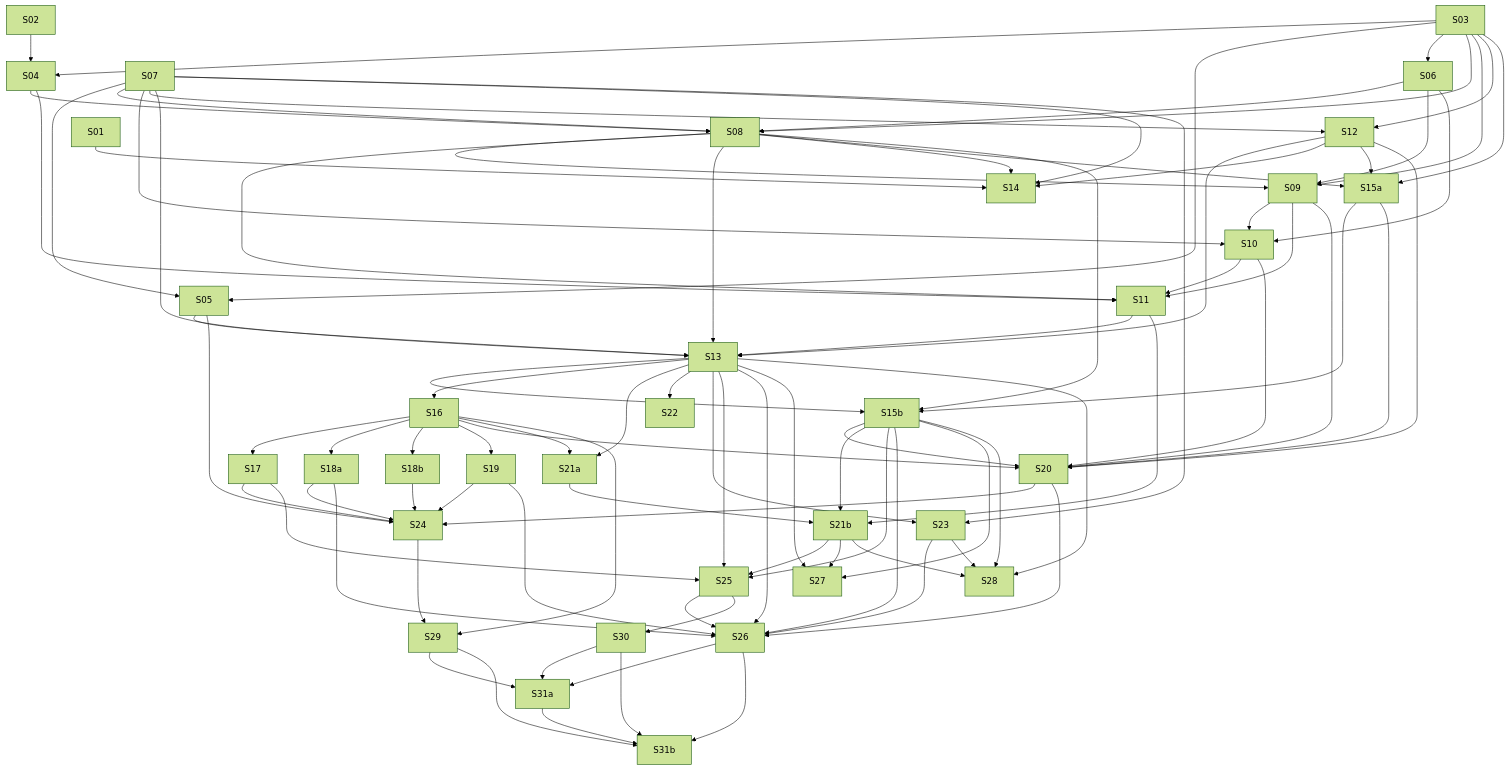
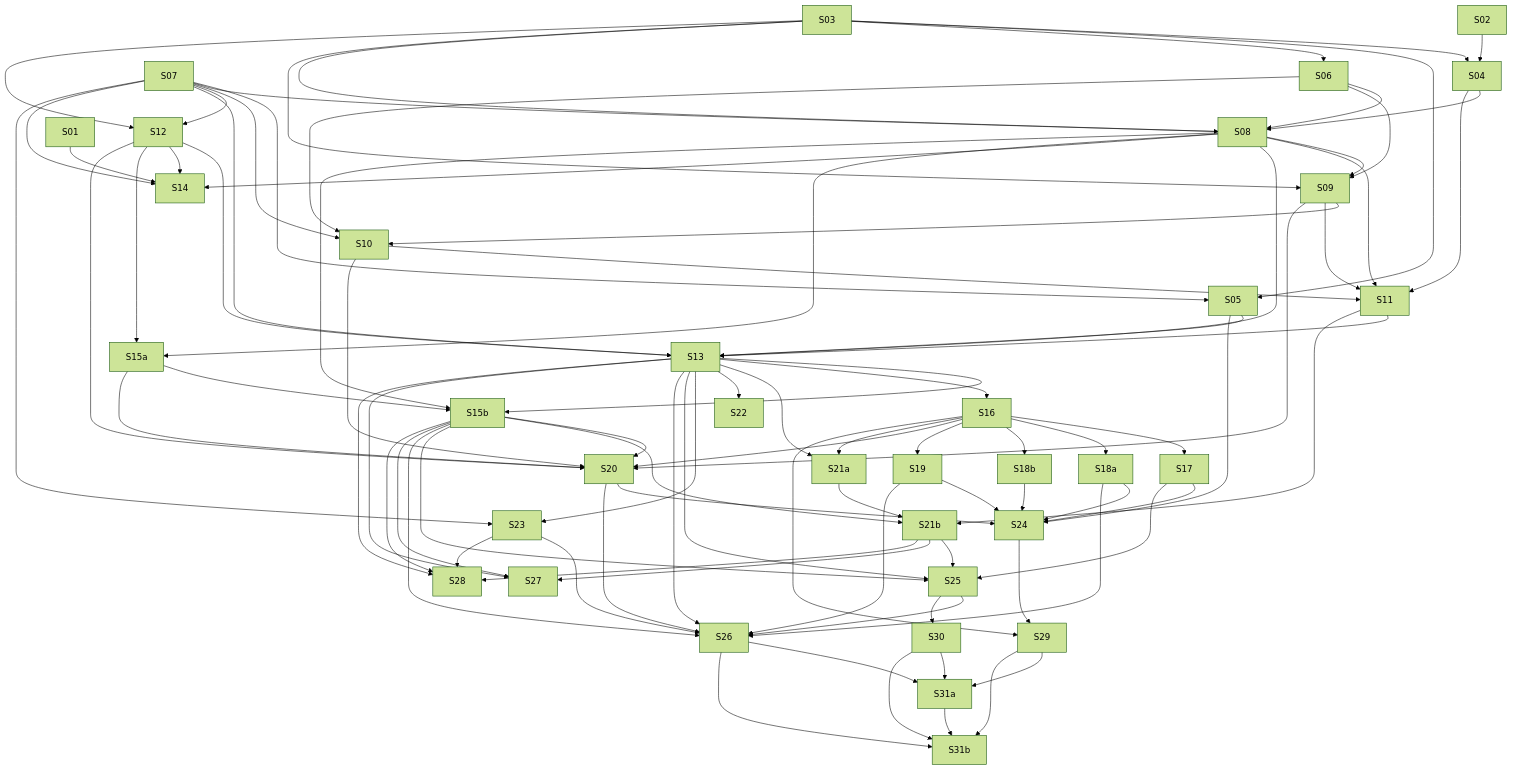
Before and after one commit to lmmoreira/ikaro: the diagram in plan/M25-TENANT-BILLING-FOUNDATION.md, drawn with Mermaid (forest theme). The commit also changed other lines of this file and 37 other files, not shown here.

```diff
--- a/plan/M25-TENANT-BILLING-FOUNDATION.md
+++ b/plan/M25-TENANT-BILLING-FOUNDATION.md
@@ -106,7 +106,6 @@
   S07 --> S14
   S08 --> S14
   S12 --> S14
-  S03 --> S15a
   S08 --> S15a
   S12 --> S15a
   S15a --> S15b
```
